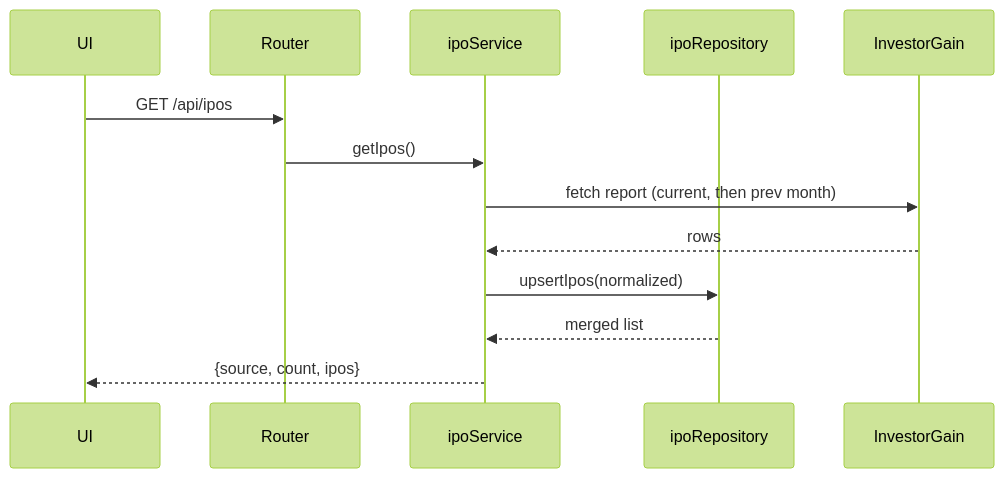
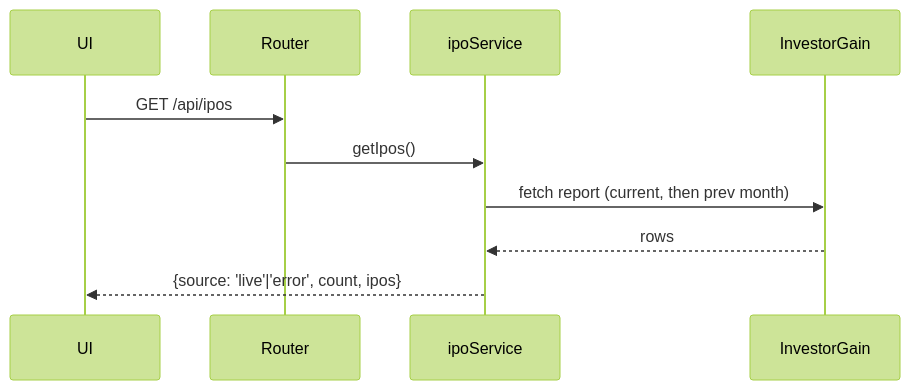
One commit to ashfaque07/ipo-analyzer changed the second of 2 diagrams in ARCHITECTURE.md. Above: the diagram before and after it, drawn with Mermaid (forest theme). The commit also changed other lines of this file and 21 other files, not shown here.

````diff
--- a/ARCHITECTURE.md
+++ b/ARCHITECTURE.md
@@ -56,15 +63,12 @@
 ```mermaid
 sequenceDiagram
   participant UI
   participant Router
   participant ipoService
-  participant ipoRepository
   participant InvestorGain
   UI->>Router: GET /api/ipos
   Router->>ipoService: getIpos()
   ipoService->>InvestorGain: fetch report (current, then prev month)
   InvestorGain-->>ipoService: rows
-  ipoService->>ipoRepository: upsertIpos(normalized)
-  ipoRepository-->>ipoService: merged list
-  ipoService-->>UI: {source, count, ipos}
+  ipoService-->>UI: {source: 'live'|'error', count, ipos}
 ```
````
